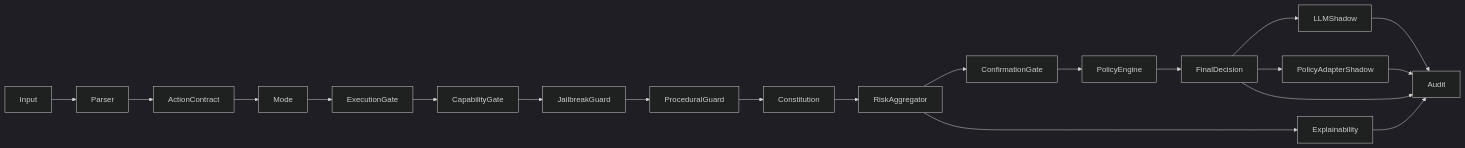
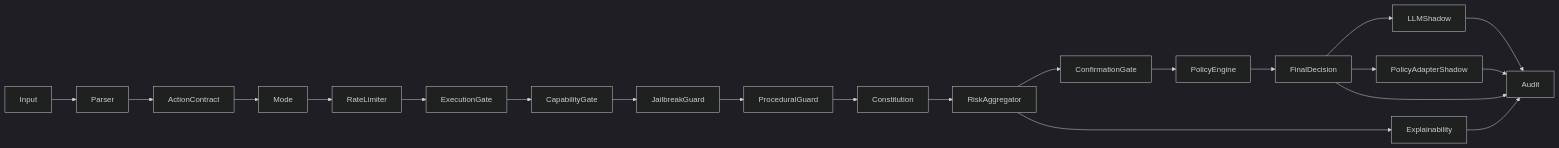
One commit to nayfly/aetherya-core changed the diagram in README.md. Above: the diagram before and after it, drawn with Mermaid (dark theme). The commit also changed other lines of this file and 17 other files, not shown here.

Commit message:
feat: v0.7.0 — hybrid Constitution, RateLimiter, JailbreakGuard patterns, OutputGate PII, parser fixes, thread leak fix

````diff
--- a/README.md
+++ b/README.md
@@ -78,24 +78,25 @@
 ```mermaid
 flowchart LR
     Input --> Parser
     Parser --> ActionContract
     ActionContract --> Mode
-    Mode --> ExecutionGate
+    Mode --> RateLimiter
+    RateLimiter --> ExecutionGate
     ExecutionGate --> CapabilityGate
     CapabilityGate --> JailbreakGuard
     JailbreakGuard --> ProceduralGuard
     ProceduralGuard --> Constitution
     Constitution --> RiskAggregator
     RiskAggregator --> ConfirmationGate
     ConfirmationGate --> PolicyEngine
     PolicyEngine --> FinalDecision
 
     RiskAggregator --> Explainability
     FinalDecision --> LLMShadow
     FinalDecision --> PolicyAdapterShadow
 
     FinalDecision --> Audit
     Explainability --> Audit
     LLMShadow --> Audit
     PolicyAdapterShadow --> Audit
 ```
````
